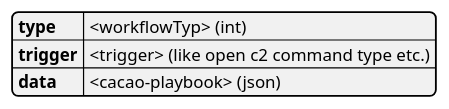
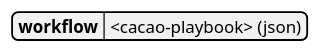
Before and after one commit to COSSAS/SOARCA: the fifth of 18 diagrams in doc/soarca-api.adoc, drawn with PlantUML. The commit also changed other lines of this file, not shown here.

```diff
--- a/doc/soarca-api.adoc
+++ b/doc/soarca-api.adoc
@@ -237,10 +190,8 @@
 [plantuml, target=soar-ca-worklow-type, format=png]
 ....
 @startjson
 {
-    "type": "<workflowTyp> (int)",
-    "trigger": "<trigger> (like open c2 command type etc.)",
-    "data": "<cacao-playbook> (json)"
+    "workflow": "<cacao-playbook> (json)"
 }
 @endjson
 ....
```
